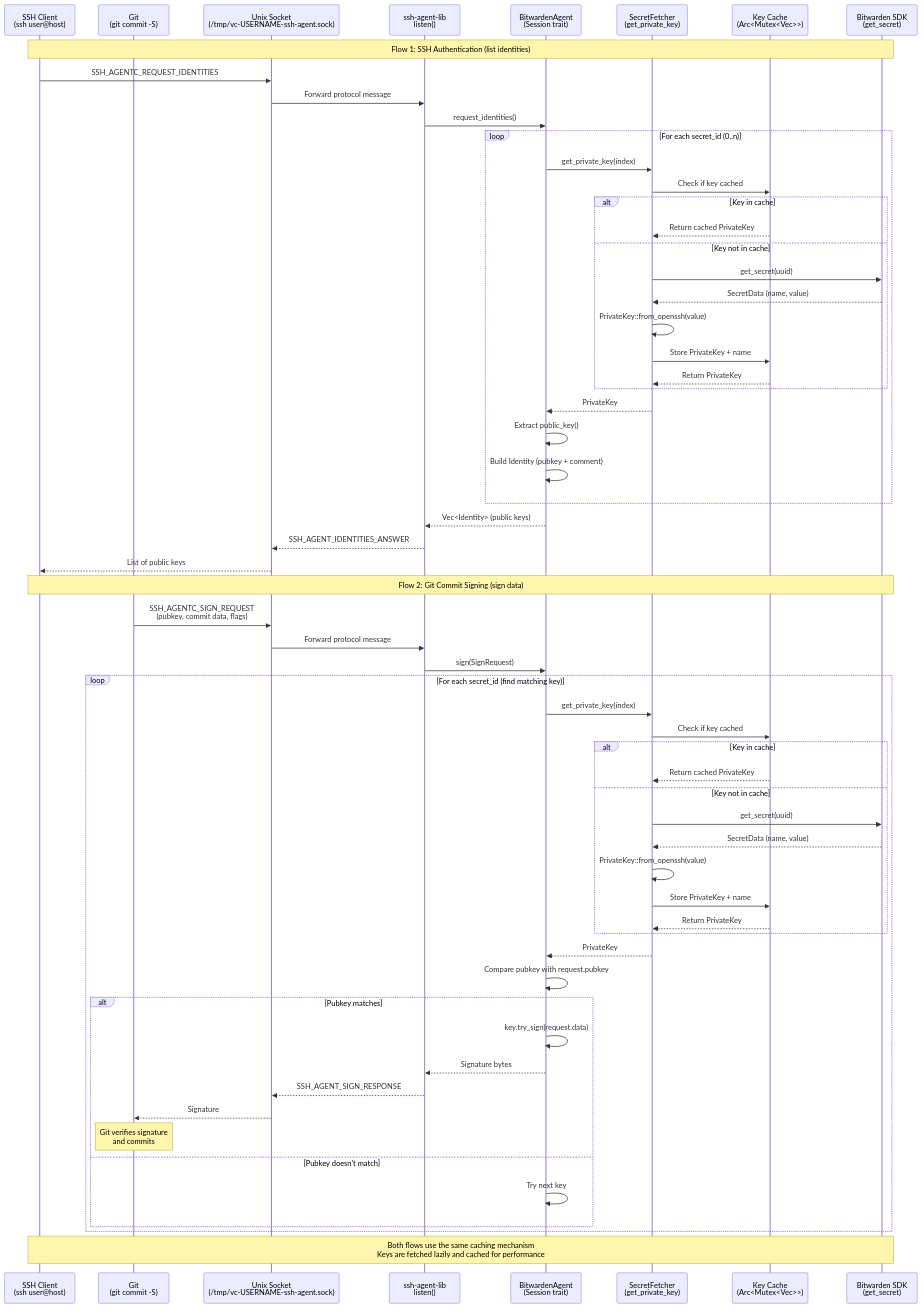
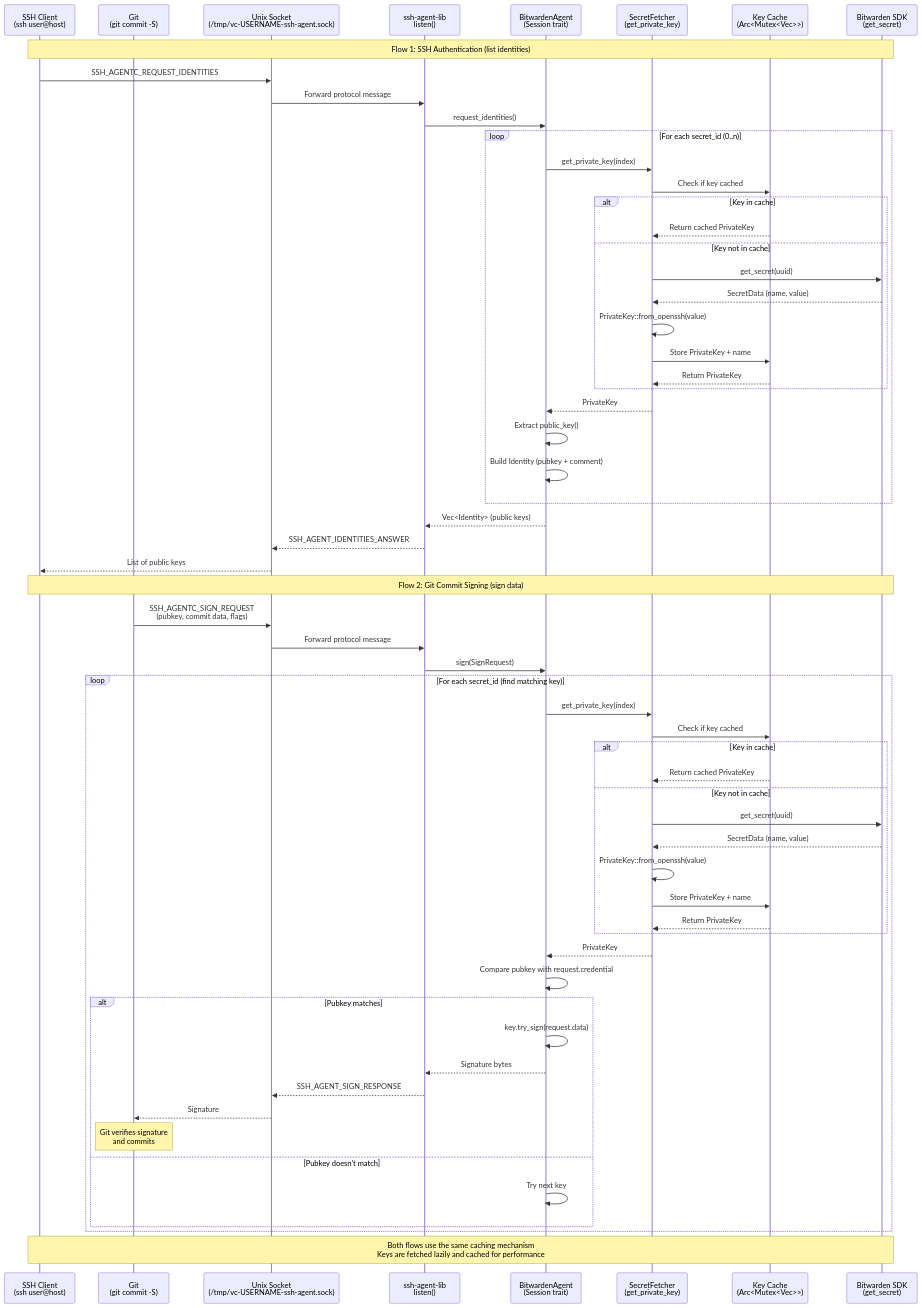
One commit to pirafrank/vault-conductor changed the second of 5 diagrams in docs/ARCHITECTURE.md. Above: the diagram before and after it, drawn with Mermaid. The commit also changed 5 other files, not shown here.

````diff
--- a/docs/ARCHITECTURE.md
+++ b/docs/ARCHITECTURE.md
@@ -102,76 +102,76 @@
 ```mermaid
 sequenceDiagram
     participant SSH as SSH Client<br/>(ssh user@host)
     participant Git as Git<br/>(git commit -S)
     participant Socket as Unix Socket<br/>(/tmp/vc-USERNAME-ssh-agent.sock)
     participant Listener as ssh-agent-lib<br/>listen()
     participant Agent as BitwardenAgent<br/>(Session trait)
     participant Fetcher as SecretFetcher<br/>(get_private_key)
     participant Cache as Key Cache<br/>(Arc<Mutex<Vec>>)
     participant BW as Bitwarden SDK<br/>(get_secret)
 
     Note over SSH,BW: Flow 1: SSH Authentication (list identities)
 
     SSH->>Socket: SSH_AGENTC_REQUEST_IDENTITIES
     Socket->>Listener: Forward protocol message
     Listener->>Agent: request_identities()
     
     loop For each secret_id (0..n)
         Agent->>Fetcher: get_private_key(index)
         Fetcher->>Cache: Check if key cached
         
         alt Key in cache
             Cache-->>Fetcher: Return cached PrivateKey
         else Key not in cache
             Fetcher->>BW: get_secret(uuid)
             BW-->>Fetcher: SecretData (name, value)
             Fetcher->>Fetcher: PrivateKey::from_openssh(value)
             Fetcher->>Cache: Store PrivateKey + name
             Cache-->>Fetcher: Return PrivateKey
         end
         
         Fetcher-->>Agent: PrivateKey
         Agent->>Agent: Extract public_key()
         Agent->>Agent: Build Identity (pubkey + comment)
     end
     
     Agent-->>Listener: Vec<Identity> (public keys)
     Listener-->>Socket: SSH_AGENT_IDENTITIES_ANSWER
     Socket-->>SSH: List of public keys
 
     Note over SSH,BW: Flow 2: Git Commit Signing (sign data)
 
     Git->>Socket: SSH_AGENTC_SIGN_REQUEST<br/>(pubkey, commit data, flags)
     Socket->>Listener: Forward protocol message
     Listener->>Agent: sign(SignRequest)
     
     loop For each secret_id (find matching key)
         Agent->>Fetcher: get_private_key(index)
         Fetcher->>Cache: Check if key cached
         
         alt Key in cache
             Cache-->>Fetcher: Return cached PrivateKey
         else Key not in cache
             Fetcher->>BW: get_secret(uuid)
             BW-->>Fetcher: SecretData (name, value)
             Fetcher->>Fetcher: PrivateKey::from_openssh(value)
             Fetcher->>Cache: Store PrivateKey + name
             Cache-->>Fetcher: Return PrivateKey
         end
         
         Fetcher-->>Agent: PrivateKey
-        Agent->>Agent: Compare pubkey with request.pubkey
+        Agent->>Agent: Compare pubkey with request.credential
         
         alt Pubkey matches
             Agent->>Agent: key.try_sign(request.data)
             Agent-->>Listener: Signature bytes
             Listener-->>Socket: SSH_AGENT_SIGN_RESPONSE
             Socket-->>Git: Signature
             Note over Git: Git verifies signature<br/>and commits
         else Pubkey doesn't match
             Agent->>Agent: Try next key
         end
     end
 
     Note over SSH,BW: Both flows use the same caching mechanism<br/>Keys are fetched lazily and cached for performance
 ```
````
